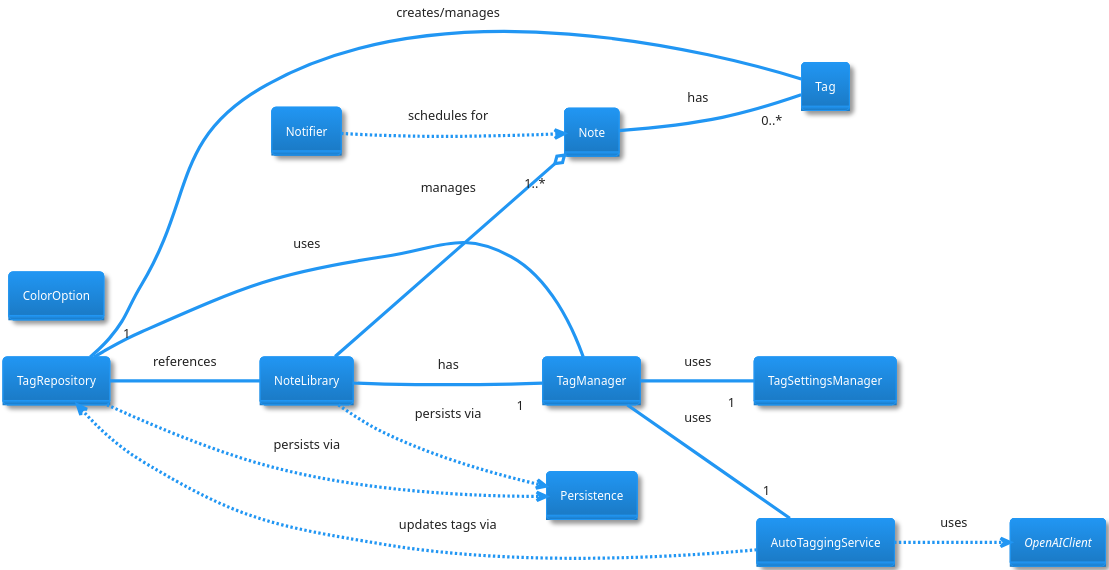
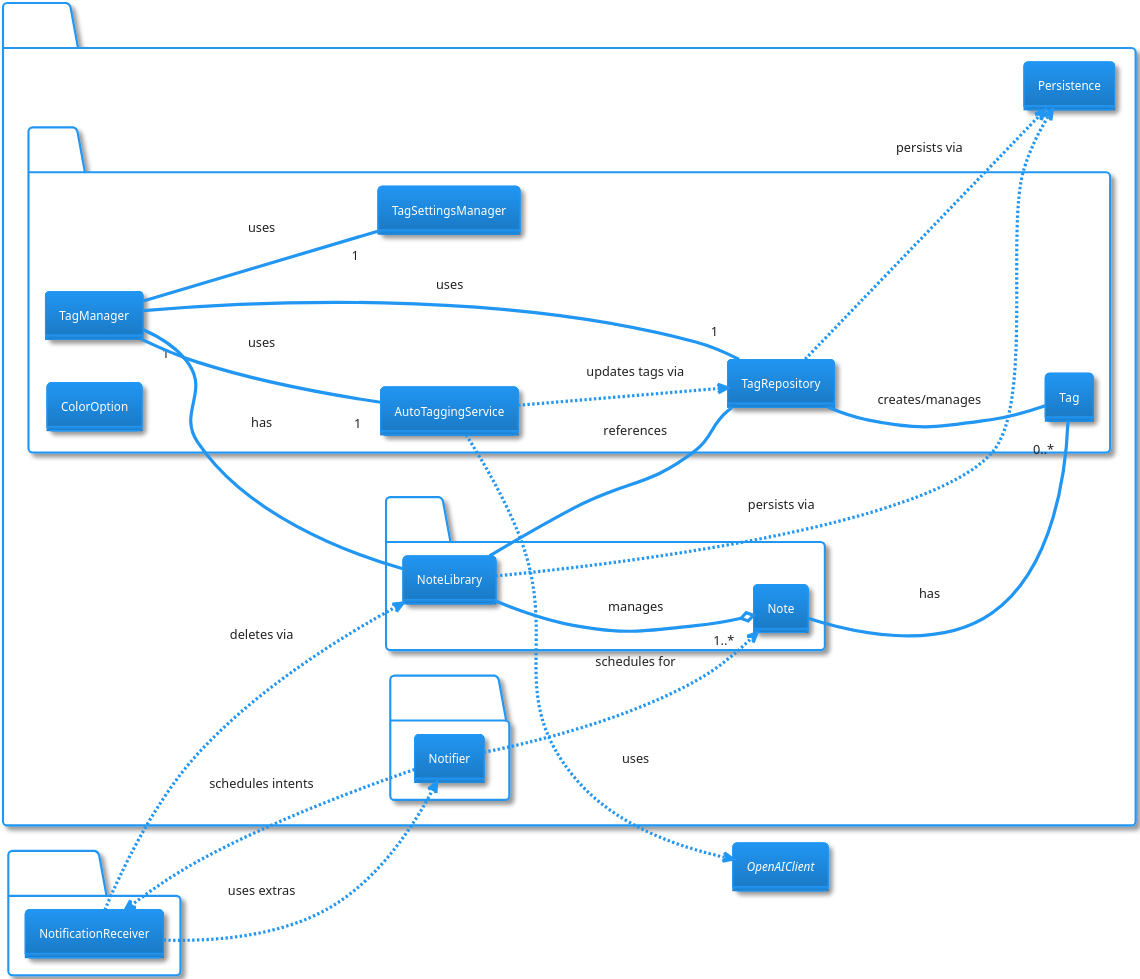
The diagram in docs/architecture/class-diagram.md (patricksmill/QuickNotes), drawn with PlantUML before and after one commit. The commit also changed other lines of this file and 9 other files, not shown here.

Commit message:
Fix Tutorial Crashing, update diagrams

````diff
--- a/docs/architecture/class-diagram.md
+++ b/docs/architecture/class-diagram.md
@@ -11,98 +11,108 @@
 hide circle
 hide empty methods
 
-' Domain entities
-class Note {
-    + id: String
-    + title: String
-    + content: String
-    + tags: Set<Tag>
-    + lastModified: Date
-    + isPinned: boolean
-    + isNotificationsEnabled: boolean
-    + notificationDate: Date?
-    + setTag(tag: Tag): void
-    + toString(): String
+package "model.note" {
+    class Note {
+        + id: String
+        + title: String
+        + content: String
+        + tags: Set<Tag>
+        + lastModified: Date
+        + isPinned: boolean
+        + isNotificationsEnabled: boolean
+        + notificationDate: Date?
+        + setTag(tag: Tag): void
+        + toString(): String
+    }
+
+    class NoteLibrary {
+        - context: Context
+        - notes: List<Note>
+        - recentlyDeletedNote: Note
+        + manageTags: TagManager
+
+        + getNotes(): List<Note>
+        + addNote(note: Note): void
+        + deleteNote(note: Note): void
+        + undoDelete(): boolean
+        + searchNotes(query: String, title: boolean, content: boolean, tag: boolean): List<Note>
+        + togglePin(note: Note): void
+        + updateNoteNotificationSettings(note: Note, enabled: boolean, date: Date?): void
+    }
 }
 
-class Tag {
-    - name: String
-    - colorResId: Int
+package "model.tag" {
+    class Tag {
+        - name: String
+        - colorResId: Int
+    }
+
+    class TagManager {
+        + availableColors: List<ColorOption>
+        + setTagColor(tagName: String, resId: Int): void
+        + setTags(note: Note, names: List<String?>): void
+        + cleanupUnusedTags(): void
+        + renameTag(oldName: String, newName: String): void
+        + deleteTag(tagName: String): void
+        + mergeTags(sources: Collection<String?>, target: String): void
+        + simpleAutoTag(note: Note, limit: int): void
+        + aiAutoTag(note: Note, limit: int): void
+        + aiSuggestTags(note: Note, limit: int, onSuggestions: Consumer<List<String?>>, onError: Consumer<String>): void
+    }
+
+    class TagRepository {
+        + getTagColorRes(tagName: String): Int
+        + setTagColor(tagName: String, resId: Int): void
+        + setTags(note: Note, names: List<String?>): void
+        + allTags(): Set<Tag>
+        + allTagNames(): Set<String>
+        + cleanupUnusedTags(): void
+        + renameTag(oldName: String, newName: String): void
+        + deleteTag(tagName: String): void
+        + mergeTags(sourceNames: Collection<String?>, targetName: String): void
+    }
+
+    class TagSettingsManager {
+        + isAiMode: boolean
+        + autoTagLimit: int
+        + selectedAiModelKey: String
+        + isAiTaggingConfigured: boolean
+        + isAiConfirmationEnabled: boolean
+        + saveApiKey(key: String): void
+    }
+
+    class AutoTaggingService {
+        + performSimpleAutoTag(note: Note, limit: int): void
+        + performAiAutoTag(note: Note, limit: int, apiKey: String, existingTags: Set<String>, callback: TagAssignmentCallback): void
+        + performAiSuggest(note: Note, limit: int, apiKey: String?, existingTags: Set<String>, callback: TagSuggestionsCallback): void
+    }
+
+    class ColorOption {
+        + name: String
+        + resId: Int
+    }
 }
 
-' Core model services
-class NoteLibrary {
-    - context: Context
-    - notes: List<Note>
-    - recentlyDeletedNote: Note
-    + manageTags: TagManager
-
-    + getNotes(): List<Note>
-    + addNote(note: Note): void
-    + deleteNote(note: Note): void
-    + undoDelete(): boolean
-    + searchNotes(query: String, title: boolean, content: boolean, tag: boolean): List<Note>
-    + togglePin(note: Note): void
-    + updateNoteNotificationSettings(note: Note, enabled: boolean, date: Date?): void
+package "model.notifications" {
+    class Notifier {
+        + isValidNotificationDate(date: Date?): boolean
+        + cancelNotification(note: Note): void
+        + scheduleNotification(note: Note): void
+        + updateNotification(note: Note, enabled: boolean, date: Date?): void
+    }
 }
 
-class TagManager {
-    + availableColors: List<ColorOption>
-    + setTagColor(tagName: String, resId: Int): void
-    + setTags(note: Note, names: List<String?>): void
-    + cleanupUnusedTags(): void
-    + renameTag(oldName: String, newName: String): void
-    + deleteTag(tagName: String): void
-    + mergeTags(sources: Collection<String?>, target: String): void
-    + simpleAutoTag(note: Note, limit: int): void
-    + aiAutoTag(note: Note, limit: int): void
-    + aiSuggestTags(note: Note, limit: int, onSuggestions: Consumer<List<String?>>, onError: Consumer<String>): void
+package "model" {
+    class Persistence {
+        + {static} loadNotes(ctx: Context): List<Note>
+        + {static} saveNotes(ctx: Context, notes: List<Note>): void
+        + {static} loadTagMap(ctx: Context): Map<String, Int>
+        + {static} saveTagMap(ctx: Context, map: Map<String, Int>): void
+    }
 }
 
-class TagRepository {
-    + getTagColorRes(tagName: String): Int
-    + setTagColor(tagName: String, resId: Int): void
-    + setTags(note: Note, names: List<String?>): void
-    + allTags(): Set<Tag>
-    + allTagNames(): Set<String>
-    + cleanupUnusedTags(): void
-    + renameTag(oldName: String, newName: String): void
-    + deleteTag(tagName: String): void
-    + mergeTags(sourceNames: Collection<String?>, targetName: String): void
-}
-
-class TagSettingsManager {
-    + isAiMode: boolean
-    + autoTagLimit: int
-    + selectedAiModelKey: String
-    + isAiTaggingConfigured: boolean
-    + isAiConfirmationEnabled: boolean
-    + saveApiKey(key: String): void
-}
-
-class AutoTaggingService {
-    + performSimpleAutoTag(note: Note, limit: int): void
-    + performAiAutoTag(note: Note, limit: int, apiKey: String, existingTags: Set<String>, callback: TagAssignmentCallback): void
-    + performAiSuggest(note: Note, limit: int, apiKey: String?, existingTags: Set<String>, callback: TagSuggestionsCallback): void
-}
-
-class Notifier {
-    + isValidNotificationDate(date: Date?): boolean
-    + cancelNotification(note: Note): void
-    + scheduleNotification(note: Note): void
-    + updateNotification(note: Note, enabled: boolean, date: Date?): void
-}
-
-class Persistence {
-    + {static} loadNotes(ctx: Context): List<Note>
-    + {static} saveNotes(ctx: Context, notes: List<Note>): void
-    + {static} loadTagMap(ctx: Context): Map<String, Int>
-    + {static} saveTagMap(ctx: Context, map: Map<String, Int>): void
-}
-
-class ColorOption {
-    + name: String
-    + resId: Int
+package "controller" {
+    class NotificationReceiver
 }
 
 ' External
@@ -122,6 +132,9 @@
 AutoTaggingService ..> TagRepository : updates tags via
 AutoTaggingService ..> OpenAIClient : uses
 Notifier ..> Note : schedules for
+Notifier ..> NotificationReceiver : schedules intents
+NotificationReceiver ..> NoteLibrary : deletes via
+NotificationReceiver ..> Notifier : uses extras
 
 @enduml
 ```
````
